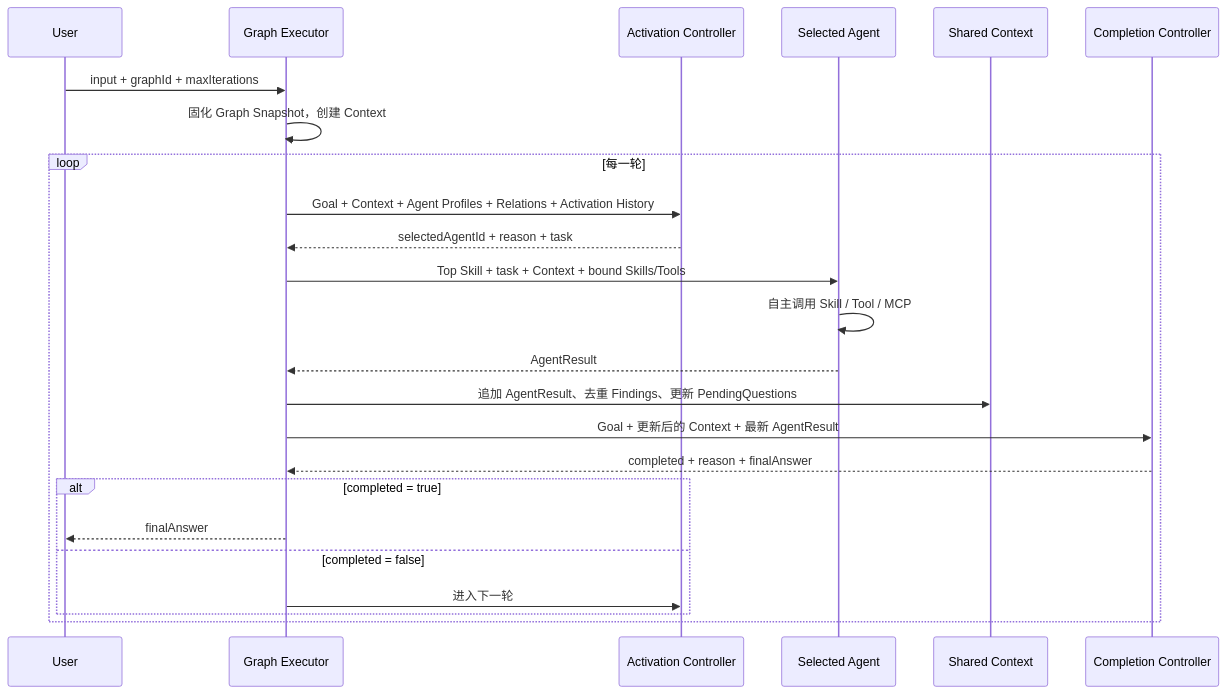
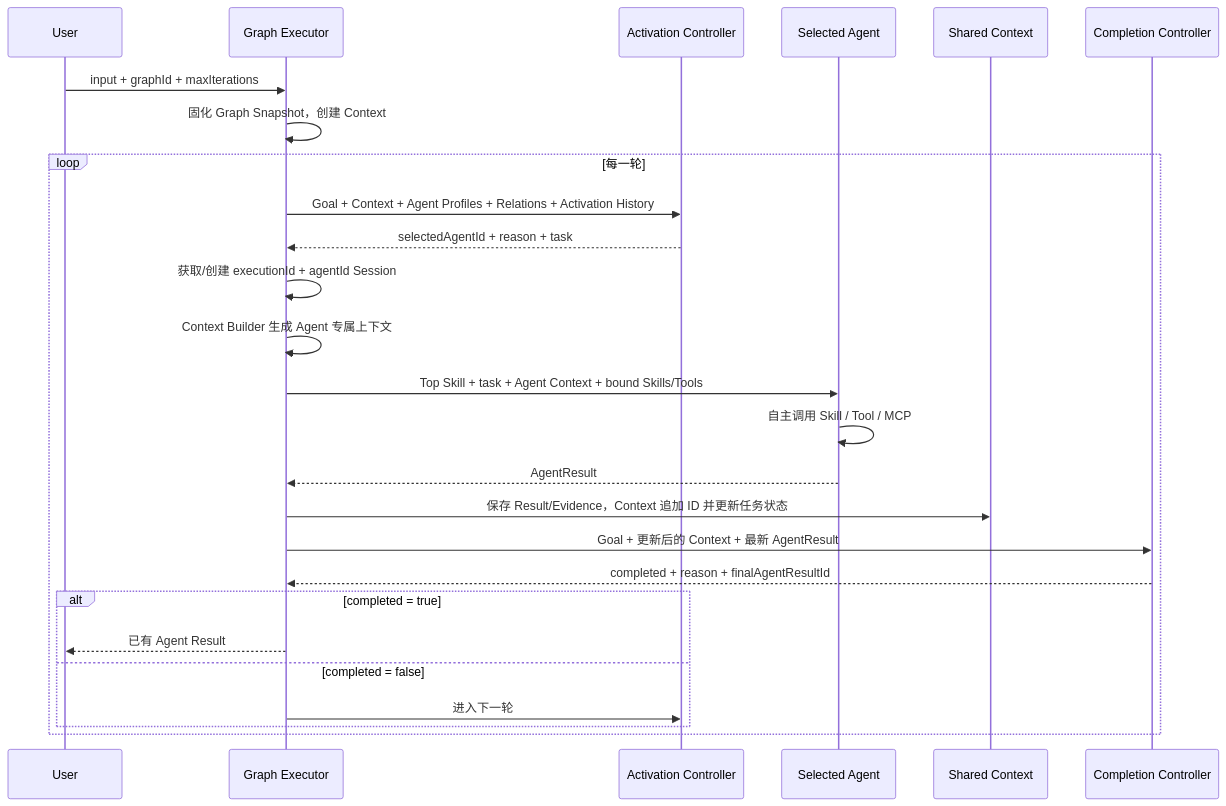
The second of 2 diagrams in AGENT_GRAPH_IMPLEMENTATION.md (Huijie-Qin/claudecodeui), drawn with Mermaid before and after one commit. The commit also changed other lines of this file and 10 other files, not shown here.

Commit message:
feat(agent-graph): optimize runtime sessions and context

````diff
--- a/AGENT_GRAPH_IMPLEMENTATION.md
+++ b/AGENT_GRAPH_IMPLEMENTATION.md
@@ -221,27 +229,29 @@
 ```mermaid
 sequenceDiagram
     participant U as User
     participant E as Graph Executor
     participant S as Activation Controller
     participant A as Selected Agent
     participant C as Shared Context
     participant D as Completion Controller
 
     U->>E: input + graphId + maxIterations
     E->>E: 固化 Graph Snapshot，创建 Context
     loop 每一轮
         E->>S: Goal + Context + Agent Profiles + Relations + Activation History
         S-->>E: selectedAgentId + reason + task
-        E->>A: Top Skill + task + Context + bound Skills/Tools
+        E->>E: 获取/创建 executionId + agentId Session
+        E->>E: Context Builder 生成 Agent 专属上下文
+        E->>A: Top Skill + task + Agent Context + bound Skills/Tools
         A->>A: 自主调用 Skill / Tool / MCP
         A-->>E: AgentResult
-        E->>C: 追加 AgentResult、去重 Findings、更新 PendingQuestions
+        E->>C: 保存 Result/Evidence，Context 追加 ID 并更新任务状态
         E->>D: Goal + 更新后的 Context + 最新 AgentResult
-        D-->>E: completed + reason + finalAnswer
+        D-->>E: completed + reason + finalAgentResultId
         alt completed = true
-            E-->>U: finalAnswer
+            E-->>U: 已有 Agent Result
         else completed = false
             E->>S: 进入下一轮
         end
     end
 ```
````
